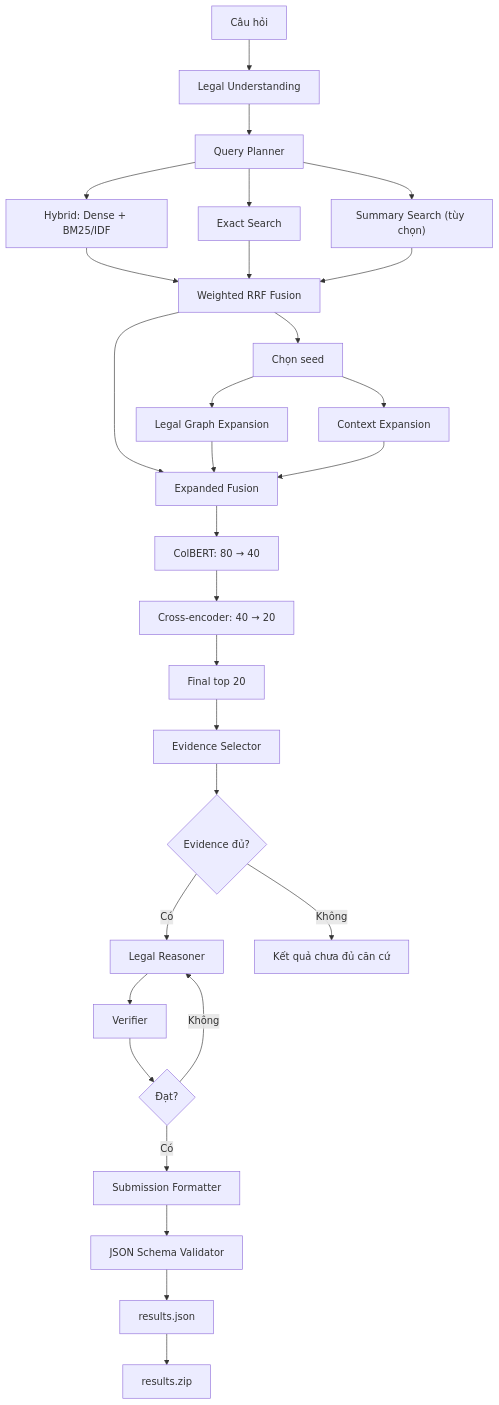
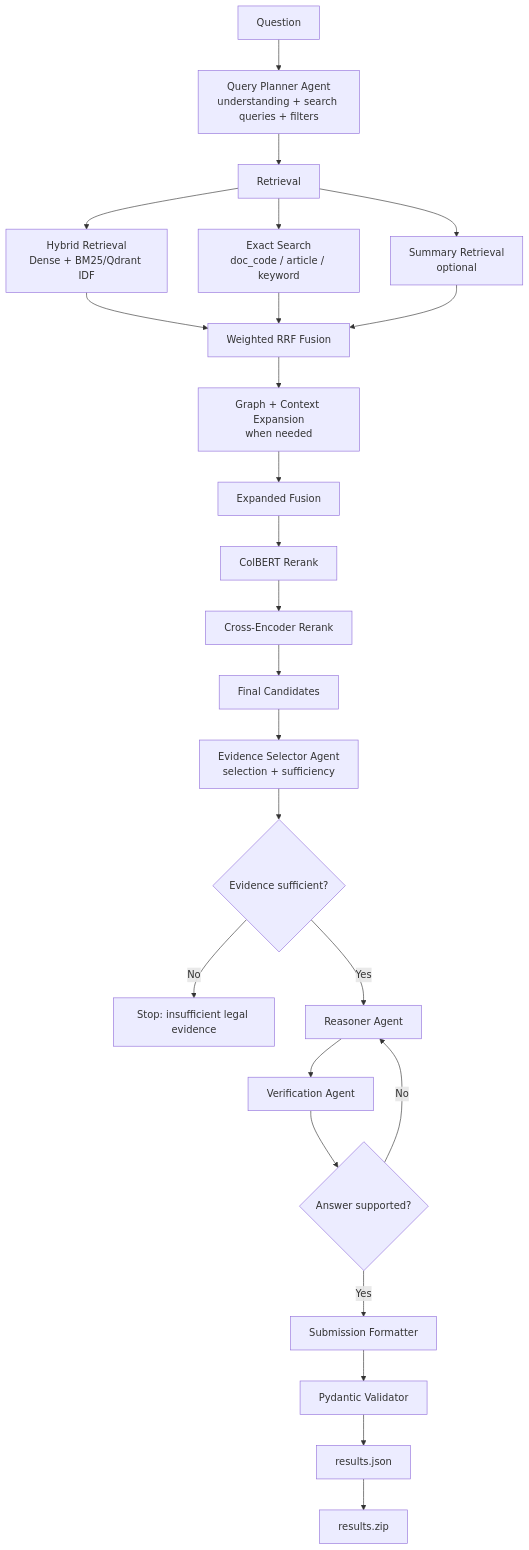
One commit to tutran27/legal-rag-agentic changed the diagram in README.md. Above: the diagram before and after it, drawn with Mermaid. The commit also changed other lines of this file and 27 other files, not shown here.

Commit message:
Update: CLean, finish code. Chưa tối ưu latency

````diff
--- a/README.md
+++ b/README.md
@@ -32,38 +21,33 @@
 ```mermaid
 flowchart TD
-    A["Câu hỏi"] --> B["Legal Understanding"]
-    B --> C["Query Planner"]
+    A["Question"] --> B["Query Planner Agent<br/>understanding + search queries + filters"]
 
-    C --> D1["Hybrid: Dense + BM25/IDF"]
-    C --> D2["Exact Search"]
-    C --> D3["Summary Search (tùy chọn)"]
+    B --> C["Retrieval"]
+    C --> C1["Hybrid Retrieval<br/>Dense + BM25/Qdrant IDF"]
+    C --> C2["Exact Search<br/>doc_code / article / keyword"]
+    C --> C3["Summary Retrieval<br/>optional"]
 
-    D1 --> E["Weighted RRF Fusion"]
-    D2 --> E
-    D3 --> E
+    C1 --> D["Weighted RRF Fusion"]
+    C2 --> D
+    C3 --> D
 
-    E --> F["Chọn seed"]
-    F --> G1["Legal Graph Expansion"]
-    F --> G2["Context Expansion"]
+    D --> E["Graph + Context Expansion<br/>when needed"]
+    E --> F["Expanded Fusion"]
 
-    E --> H["Expanded Fusion"]
-    G1 --> H
-    G2 --> H
+    F --> G["ColBERT Rerank"]
+    G --> H["Cross-Encoder Rerank"]
+    H --> I["Final Candidates"]
 
-    H --> I["ColBERT: 80 → 40"]
-    I --> J["Cross-encoder: 40 → 20"]
-    J --> K["Final top 20"]
+    I --> J["Evidence Selector Agent<br/>selection + sufficiency"]
+    J --> K{"Evidence sufficient?"}
+    K -- "No" --> X["Stop: insufficient legal evidence"]
+    K -- "Yes" --> L["Reasoner Agent"]
 
-    K --> L["Evidence Selector"]
-    L --> M{"Evidence đủ?"}
-    M -- "Có" --> N["Legal Reasoner"]
-    M -- "Không" --> X["Kết quả chưa đủ căn cứ"]
-
-    N --> O["Verifier"]
-    O --> P{"Đạt?"}
-    P -- "Không" --> N
-    P -- "Có" --> Q["Submission Formatter"]
-    Q --> R["JSON Schema Validator"]
-    R --> S["results.json"]
-    S --> T["results.zip"]
+    L --> M["Verification Agent"]
+    M --> N{"Answer supported?"}
+    N -- "No" --> L
+    N -- "Yes" --> O["Submission Formatter"]
+    O --> P["Pydantic Validator"]
+    P --> Q["results.json"]
+    Q --> R["results.zip"]
 ```
````
